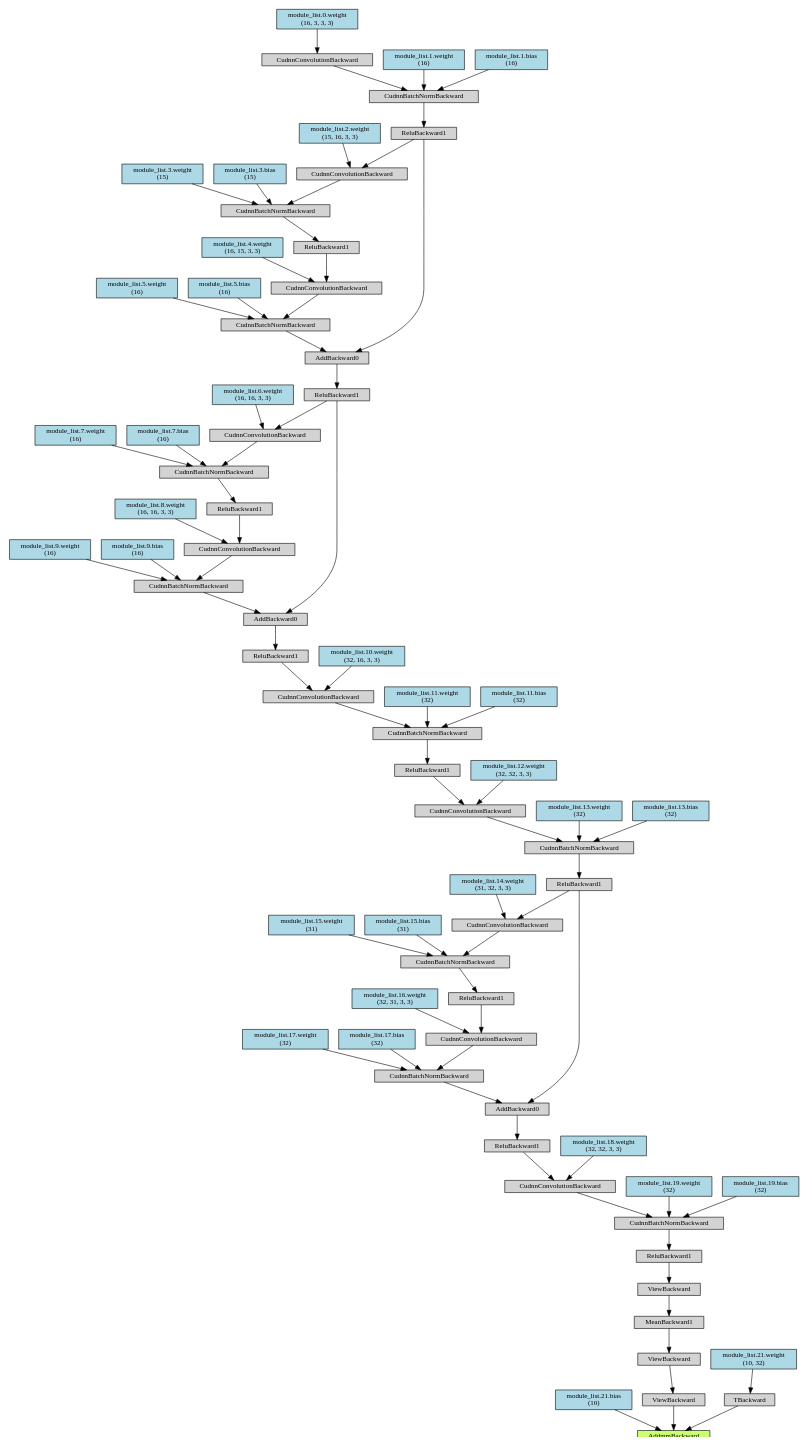
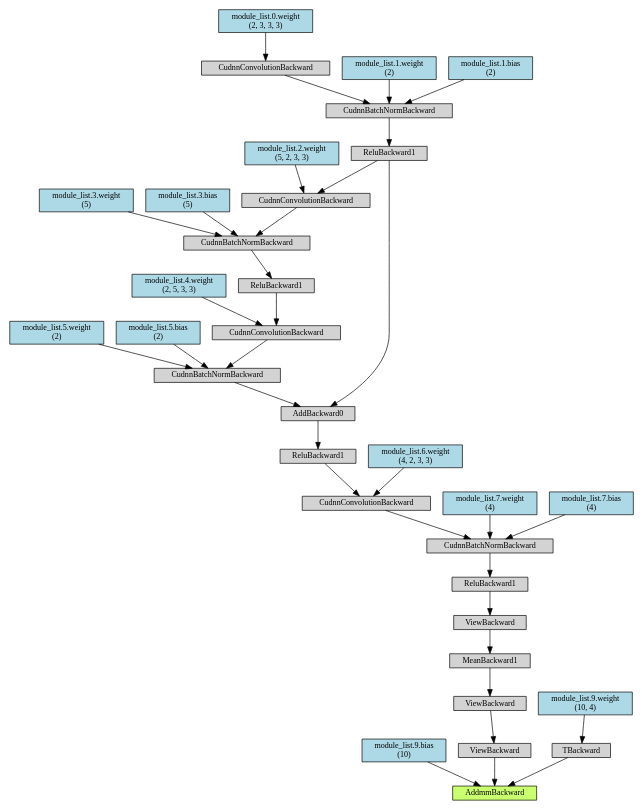
The diagram in PruneTrain9_0.dot (j3ssi/MA_Source), drawn with Graphviz before and after one commit. The commit also changed 191 other files, not shown here.

```diff
--- a/PruneTrain9_0.dot
+++ b/PruneTrain9_0.dot
@@ -1,180 +1,84 @@
 digraph {
-	graph [size="21.599999999999998,21.599999999999998"]
+	graph [size="12,12"]
 	node [align=left fontsize=12 height=0.2 ranksep=0.1 shape=box style=filled]
-	140712356647712 [label=AddmmBackward fillcolor=darkolivegreen1]
-	140712356648384 -> 140712356647712
-	140712356648384 [label="module_list.21.bias
+	140449201788688 [label=AddmmBackward fillcolor=darkolivegreen1]
+	140450088420744 -> 140449201788688
+	140450088420744 [label="module_list.9.bias
  (10)" fillcolor=lightblue]
-	140712356648048 -> 140712356647712
-	140712356648048 [label=ViewBackward]
-	140712356648216 -> 140712356648048
-	140712356648216 [label=ViewBackward]
-	140712356648440 -> 140712356648216
-	140712356648440 [label=MeanBackward1]
-	140712356648272 -> 140712356648440
-	140712356648272 [label=ViewBackward]
-	140712356647824 -> 140712356648272
-	140712356647824 [label=ReluBackward1]
-	140712356649224 -> 140712356647824
-	140712356649224 [label=CudnnBatchNormBackward]
-	140712356648104 -> 140712356649224
-	140712356648104 [label=CudnnConvolutionBackward]
-	140711030925296 -> 140712356648104
-	140711030925296 [label=ReluBackward1]
-	140711030925184 -> 140711030925296
-	140711030925184 [label=AddBackward0]
-	140711030925072 -> 140711030925184
-	140711030925072 [label=ReluBackward1]
-	140711030924960 -> 140711030925072
-	140711030924960 [label=CudnnBatchNormBackward]
-	140711030926920 -> 140711030924960
-	140711030926920 [label=CudnnConvolutionBackward]
-	140711030924736 -> 140711030926920
-	140711030924736 [label=ReluBackward1]
-	140711030924680 -> 140711030924736
-	140711030924680 [label=CudnnBatchNormBackward]
-	140711030924624 -> 140711030924680
-	140711030924624 [label=CudnnConvolutionBackward]
-	140711030926528 -> 140711030924624
-	140711030926528 [label=ReluBackward1]
-	140711030926416 -> 140711030926528
-	140711030926416 [label=AddBackward0]
-	140711030926360 -> 140711030926416
-	140711030926360 [label=ReluBackward1]
-	140711030926192 -> 140711030926360
-	140711030926192 [label=AddBackward0]
-	140711030924064 -> 140711030926192
-	140711030924064 [label=ReluBackward1]
-	140711030926024 -> 140711030924064
-	140711030926024 [label=CudnnBatchNormBackward]
-	140711030923896 -> 140711030926024
-	140711030923896 [label=CudnnConvolutionBackward]
-	140711030923784 -> 140711030923896
-	140711030923784 [label="module_list.0.weight
- (16, 3, 3, 3)" fillcolor=lightblue]
-	140711030925912 -> 140711030926024
-	140711030925912 [label="module_list.1.weight
- (16)" fillcolor=lightblue]
-	140711030923840 -> 140711030926024
-	140711030923840 [label="module_list.1.bias
- (16)" fillcolor=lightblue]
-	140711030926080 -> 140711030926192
-	140711030926080 [label=CudnnBatchNormBackward]
-	140711030923952 -> 140711030926080
-	140711030923952 [label=CudnnConvolutionBackward]
-	140711030925744 -> 140711030923952
-	140711030925744 [label=ReluBackward1]
-	140711030925632 -> 140711030925744
-	140711030925632 [label=CudnnBatchNormBackward]
-	140711030925576 -> 140711030925632
-	140711030925576 [label=CudnnConvolutionBackward]
-	140711030924064 -> 140711030925576
-	140711030923392 -> 140711030925576
-	140711030923392 [label="module_list.2.weight
- (15, 16, 3, 3)" fillcolor=lightblue]
-	140711030923504 -> 140711030925632
-	140711030923504 [label="module_list.3.weight
- (15)" fillcolor=lightblue]
-	140711030925520 -> 140711030925632
-	140711030925520 [label="module_list.3.bias
- (15)" fillcolor=lightblue]
-	140711030925688 -> 140711030923952
-	140711030925688 [label="module_list.4.weight
- (16, 15, 3, 3)" fillcolor=lightblue]
-	140711030925856 -> 140711030926080
-	140711030925856 [label="module_list.5.weight
- (16)" fillcolor=lightblue]
-	140711030923728 -> 140711030926080
-	140711030923728 [label="module_list.5.bias
- (16)" fillcolor=lightblue]
-	140711030924232 -> 140711030926416
-	140711030924232 [label=CudnnBatchNormBackward]
-	140711030924120 -> 140711030924232
-	140711030924120 [label=CudnnConvolutionBackward]
-	140711030923448 -> 140711030924120
-	140711030923448 [label=ReluBackward1]
-	140711030925352 -> 140711030923448
-	140711030925352 [label=CudnnBatchNormBackward]
-	140711030923336 -> 140711030925352
-	140711030923336 [label=CudnnConvolutionBackward]
-	140711030926360 -> 140711030923336
-	140711030939720 -> 140711030923336
-	140711030939720 [label="module_list.6.weight
- (16, 16, 3, 3)" fillcolor=lightblue]
-	140711030926472 -> 140711030925352
-	140711030926472 [label="module_list.7.weight
- (16)" fillcolor=lightblue]
-	140711030927144 -> 140711030925352
-	140711030927144 [label="module_list.7.bias
- (16)" fillcolor=lightblue]
-	140711030925408 -> 140711030924120
-	140711030925408 [label="module_list.8.weight
- (16, 16, 3, 3)" fillcolor=lightblue]
-	140711030924008 -> 140711030924232
-	140711030924008 [label="module_list.9.weight
- (16)" fillcolor=lightblue]
-	140711030923672 -> 140711030924232
-	140711030923672 [label="module_list.9.bias
- (16)" fillcolor=lightblue]
-	140711030924456 -> 140711030924624
-	140711030924456 [label="module_list.10.weight
- (32, 16, 3, 3)" fillcolor=lightblue]
-	140711030926640 -> 140711030924680
-	140711030926640 [label="module_list.11.weight
- (32)" fillcolor=lightblue]
-	140711030926584 -> 140711030924680
-	140711030926584 [label="module_list.11.bias
- (32)" fillcolor=lightblue]
-	140711030926808 -> 140711030926920
-	140711030926808 [label="module_list.12.weight
- (32, 32, 3, 3)" fillcolor=lightblue]
-	140711030924848 -> 140711030924960
-	140711030924848 [label="module_list.13.weight
- (32)" fillcolor=lightblue]
-	140711030926864 -> 140711030924960
-	140711030926864 [label="module_list.13.bias
- (32)" fillcolor=lightblue]
-	140711030927088 -> 140711030925184
-	140711030927088 [label=CudnnBatchNormBackward]
-	140711030926976 -> 140711030927088
-	140711030926976 [label=CudnnConvolutionBackward]
-	140711030924400 -> 140711030926976
-	140711030924400 [label=ReluBackward1]
-	140711030923616 -> 140711030924400
-	140711030923616 [label=CudnnBatchNormBackward]
-	140711030923560 -> 140711030923616
-	140711030923560 [label=CudnnConvolutionBackward]
-	140711030925072 -> 140711030923560
-	140711030939888 -> 140711030923560
-	140711030939888 [label="module_list.14.weight
- (31, 32, 3, 3)" fillcolor=lightblue]
-	140711030927256 -> 140711030923616
-	140711030927256 [label="module_list.15.weight
- (31)" fillcolor=lightblue]
-	140711030924176 -> 140711030923616
-	140711030924176 [label="module_list.15.bias
- (31)" fillcolor=lightblue]
-	140711030926696 -> 140711030926976
-	140711030926696 [label="module_list.16.weight
- (32, 31, 3, 3)" fillcolor=lightblue]
-	140711030924792 -> 140711030927088
-	140711030924792 [label="module_list.17.weight
- (32)" fillcolor=lightblue]
-	140711030926752 -> 140711030927088
-	140711030926752 [label="module_list.17.bias
- (32)" fillcolor=lightblue]
-	140711030927312 -> 140712356648104
-	140711030927312 [label="module_list.18.weight
- (32, 32, 3, 3)" fillcolor=lightblue]
-	140711030924288 -> 140712356649224
-	140711030924288 [label="module_list.19.weight
- (32)" fillcolor=lightblue]
-	140711030925016 -> 140712356649224
-	140711030925016 [label="module_list.19.bias
- (32)" fillcolor=lightblue]
-	140712356649784 -> 140712356647712
-	140712356649784 [label=TBackward]
-	140712356649392 -> 140712356649784
-	140712356649392 [label="module_list.21.weight
- (10, 32)" fillcolor=lightblue]
+	140450088420632 -> 140449201788688
+	140450088420632 [label=ViewBackward]
+	140450088420184 -> 140450088420632
+	140450088420184 [label=ViewBackward]
+	140450088419624 -> 140450088420184
+	140450088419624 [label=MeanBackward1]
+	140450088420240 -> 140450088419624
+	140450088420240 [label=ViewBackward]
+	140450088419960 -> 140450088420240
+	140450088419960 [label=ReluBackward1]
+	140450088419568 -> 140450088419960
+	140450088419568 [label=CudnnBatchNormBackward]
+	140450088422704 -> 140450088419568
+	140450088422704 [label=CudnnConvolutionBackward]
+	140450088422928 -> 140450088422704
+	140450088422928 [label=ReluBackward1]
+	140450088423096 -> 140450088422928
+	140450088423096 [label=AddBackward0]
+	140450088423264 -> 140450088423096
+	140450088423264 [label=ReluBackward1]
+	140449210052680 -> 140450088423264
+	140449210052680 [label=CudnnBatchNormBackward]
+	140449210052848 -> 140449210052680
+	140449210052848 [label=CudnnConvolutionBackward]
+	140449210053072 -> 140449210052848
+	140449210053072 [label="module_list.0.weight
+ (2, 3, 3, 3)" fillcolor=lightblue]
+	140449210052904 -> 140449210052680
+	140449210052904 [label="module_list.1.weight
+ (2)" fillcolor=lightblue]
+	140449210052960 -> 140449210052680
+	140449210052960 [label="module_list.1.bias
+ (2)" fillcolor=lightblue]
+	140450088423320 -> 140450088423096
+	140450088423320 [label=CudnnBatchNormBackward]
+	140449210052736 -> 140450088423320
+	140449210052736 [label=CudnnConvolutionBackward]
+	140449210053240 -> 140449210052736
+	140449210053240 [label=ReluBackward1]
+	140449210053408 -> 140449210053240
+	140449210053408 [label=CudnnBatchNormBackward]
+	140449210053520 -> 140449210053408
+	140449210053520 [label=CudnnConvolutionBackward]
+	140450088423264 -> 140449210053520
+	140449210053744 -> 140449210053520
+	140449210053744 [label="module_list.2.weight
+ (5, 2, 3, 3)" fillcolor=lightblue]
+	140449210053576 -> 140449210053408
+	140449210053576 [label="module_list.3.weight
+ (5)" fillcolor=lightblue]
+	140449210053632 -> 140449210053408
+	140449210053632 [label="module_list.3.bias
+ (5)" fillcolor=lightblue]
+	140449210053296 -> 140449210052736
+	140449210053296 [label="module_list.4.weight
+ (2, 5, 3, 3)" fillcolor=lightblue]
+	140449210053016 -> 140450088423320
+	140449210053016 [label="module_list.5.weight
+ (2)" fillcolor=lightblue]
+	140449210053128 -> 140450088423320
+	140449210053128 [label="module_list.5.bias
+ (2)" fillcolor=lightblue]
+	140450088422984 -> 140450088422704
+	140450088422984 [label="module_list.6.weight
+ (4, 2, 3, 3)" fillcolor=lightblue]
+	140450088422760 -> 140450088419568
+	140450088422760 [label="module_list.7.weight
+ (4)" fillcolor=lightblue]
+	140450088422816 -> 140450088419568
+	140450088422816 [label="module_list.7.bias
+ (4)" fillcolor=lightblue]
+	140450088421024 -> 140449201788688
+	140450088421024 [label=TBackward]
+	140450088420128 -> 140450088421024
+	140450088420128 [label="module_list.9.weight
+ (10, 4)" fillcolor=lightblue]
 }
```
